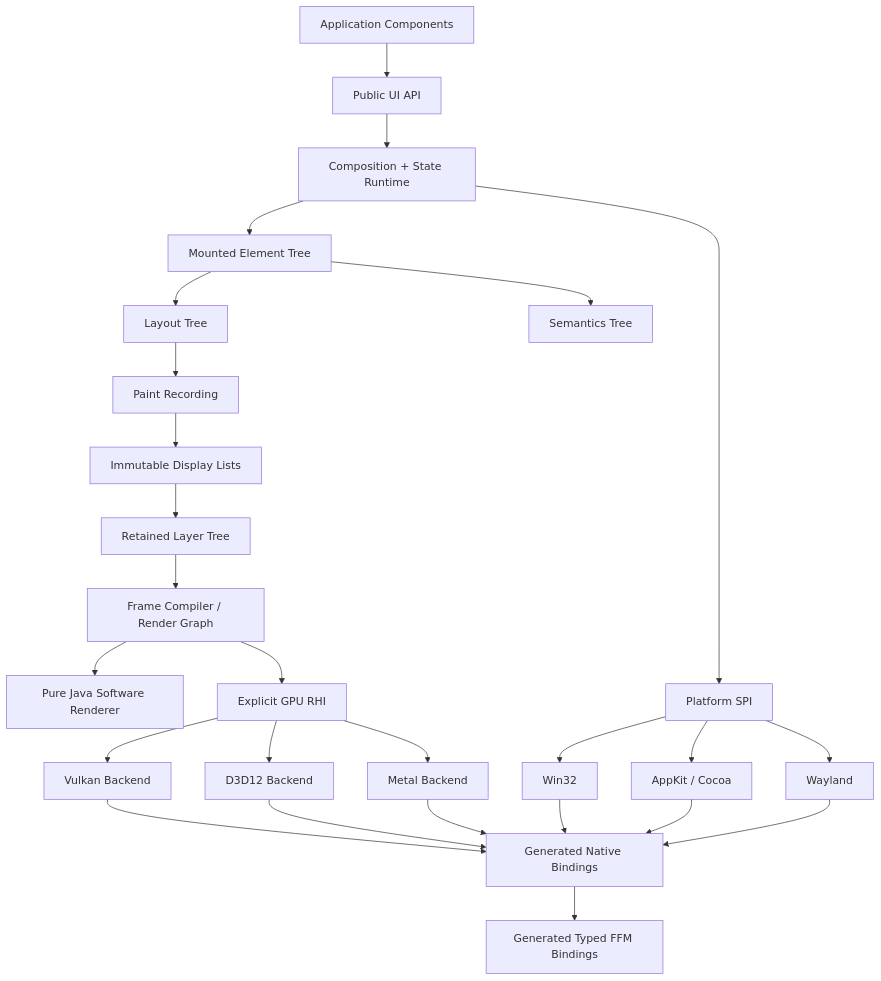
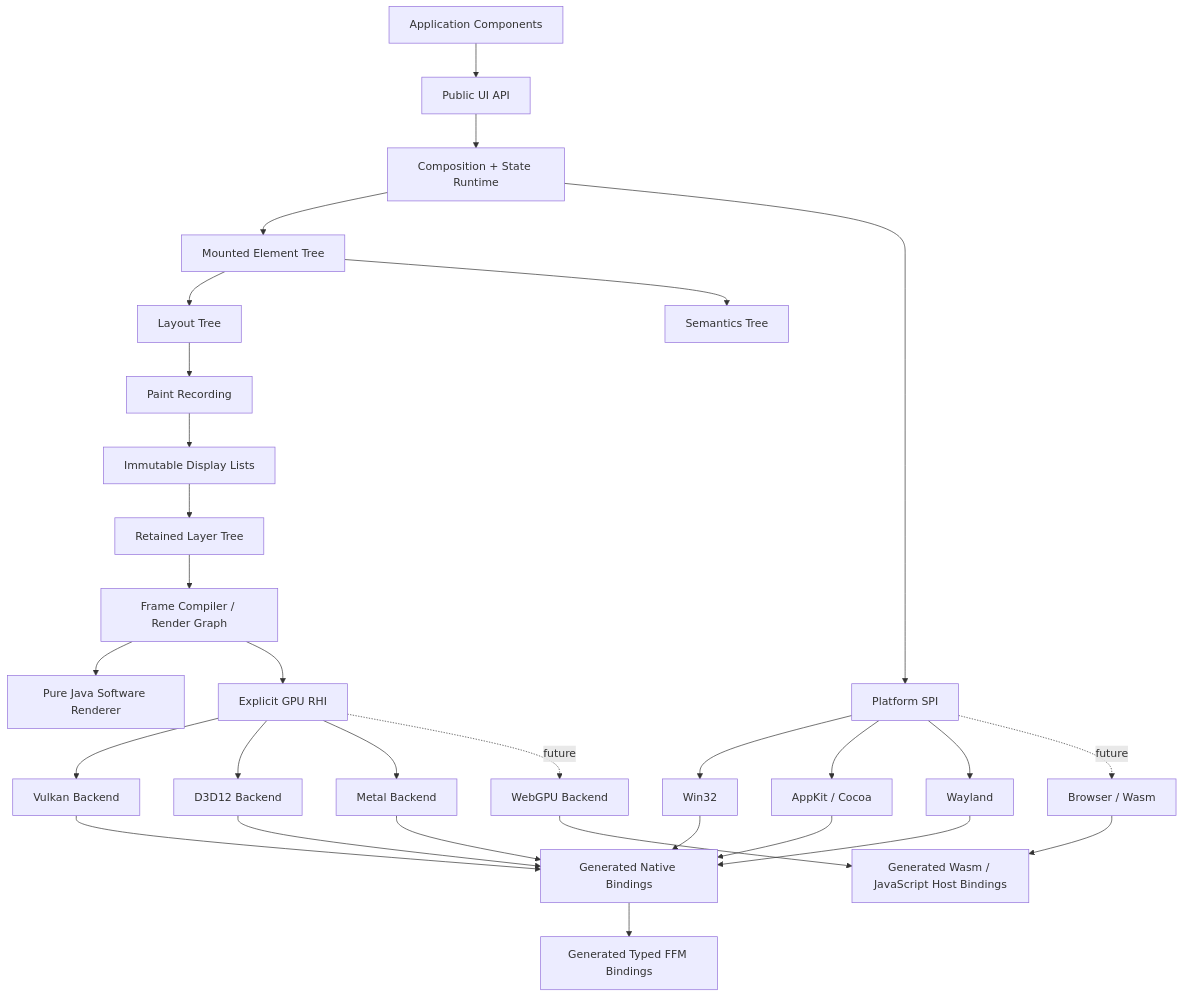
The diagram in PLANS.md (Glavo/HimariUI), drawn with Mermaid before and after one commit. The commit also changed other lines of this file, not shown here.

Commit message:
Prepare the architecture plan for a future browser Wasm backend

````diff
--- a/PLANS.md
+++ b/PLANS.md
@@ -257,28 +264,32 @@
 ```mermaid
 flowchart TD
     App[Application Components] --> API[Public UI API]
     API --> Runtime[Composition + State Runtime]
     Runtime --> Element[Mounted Element Tree]
     Element --> Layout[Layout Tree]
     Element --> Semantics[Semantics Tree]
     Layout --> Paint[Paint Recording]
     Paint --> DisplayList[Immutable Display Lists]
     DisplayList --> Layer[Retained Layer Tree]
     Layer --> FrameCompiler[Frame Compiler / Render Graph]
     FrameCompiler --> Software[Pure Java Software Renderer]
     FrameCompiler --> RHI[Explicit GPU RHI]
     RHI --> Vulkan[Vulkan Backend]
     RHI --> D3D12[D3D12 Backend]
     RHI --> Metal[Metal Backend]
+    RHI -. future .-> WebGPU[WebGPU Backend]
     Runtime --> Platform[Platform SPI]
     Platform --> Windows[Win32]
     Platform --> Mac[AppKit / Cocoa]
     Platform --> Wayland[Wayland]
+    Platform -. future .-> Browser[Browser / Wasm]
     Windows --> NativeAccess[Generated Native Bindings]
     Mac --> NativeAccess
     Wayland --> NativeAccess
     Vulkan --> NativeAccess
     D3D12 --> NativeAccess
     Metal --> NativeAccess
     NativeAccess --> FFM[Generated Typed FFM Bindings]
+    Browser --> WebHost[Generated Wasm / JavaScript Host Bindings]
+    WebGPU --> WebHost
 ```
````
